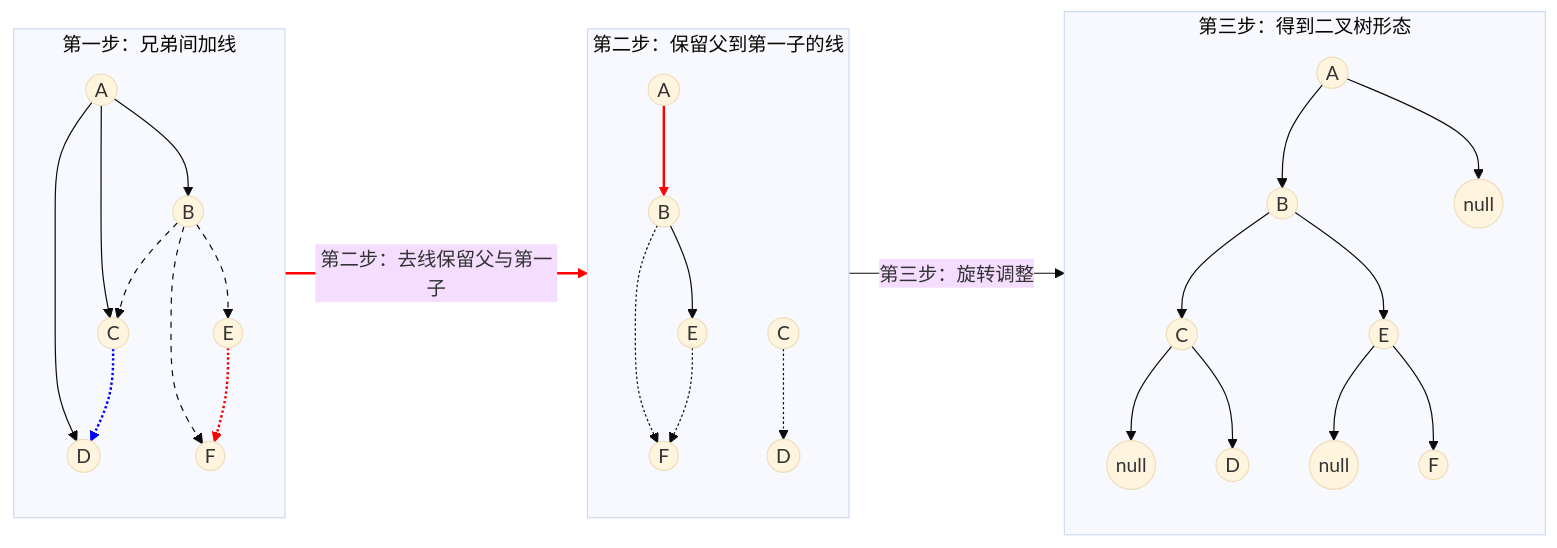
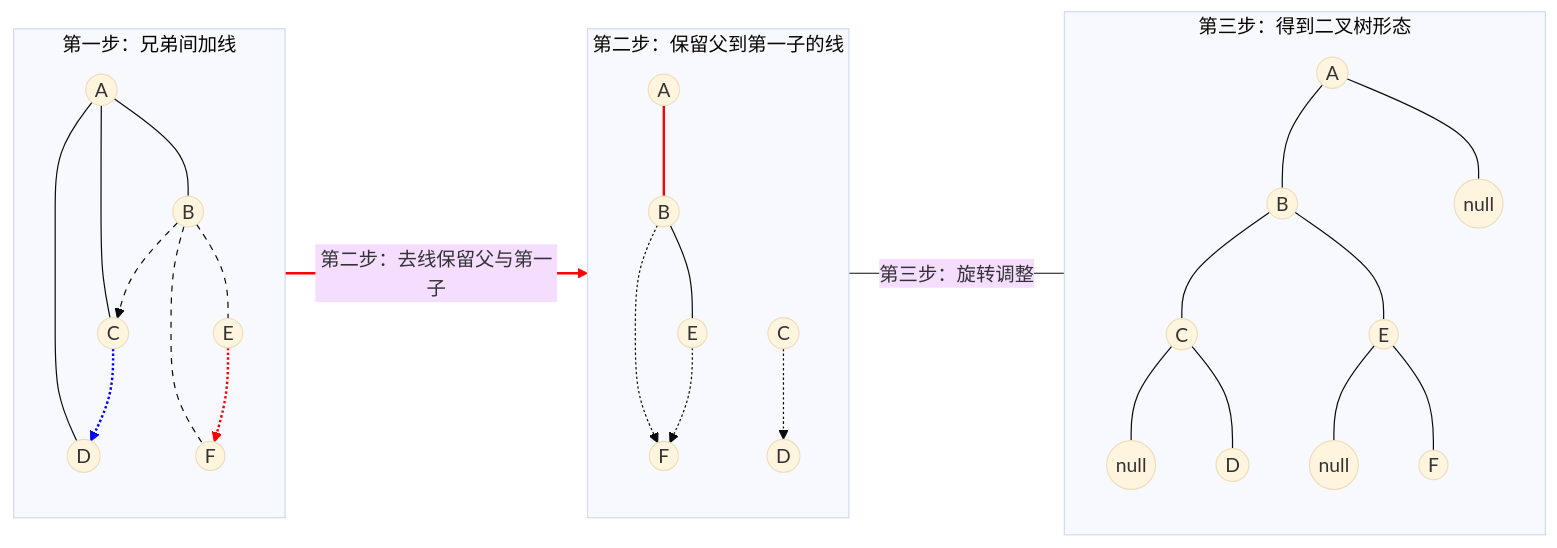
Before and after one commit to mujin-lin/mujin-blog: diagram 16 of 26 in docs/10.软考/10.软件设计师/10.数据结构与算法/15.树.md, drawn with Mermaid (base theme). The commit also changed other lines of this file and 2 other files, not shown here.

Commit message:
整理树的文章，增加图的文章内容

````diff
--- a/docs/10.软考/10.软件设计师/10.数据结构与算法/15.树.md
+++ b/docs/10.软考/10.软件设计师/10.数据结构与算法/15.树.md
@@ -848,49 +855,49 @@
-```mermaid
-flowchart LR
-    subgraph S1[第一步：兄弟间加线]
-        direction TB
-        A1((A)) --> B1((B))
-        A1 --> C1((C))
-        A1 --> D1((D))
-        B1 --> E1((E))
-        B1 --> F1((F))
-        %% 兄弟连线
-        B1 -.-> C1
-        C1 -.-> D1
-        E1 -.-> F1
-    end
-
-    S1 -- 第二步：去线保留父与第一子 --> S2
-
-    subgraph S2[第二步：保留父到第一子的线]
-        direction TB
-        A2((A)) --> B2((B))
-        B2 --> E2((E))
-        B2 -.-> F2((F))
-        C2((C)) -.-> D2((D))
-        E2 -.-> F2
-
-        linkStyle 3 stroke-dasharray: 5 5
-        linkStyle 4 stroke-dasharray: 5 5
-        linkStyle 5 stroke-dasharray: 5 5
-    end
-
-    S2 -- 第三步：旋转调整 --> S3
-
-    subgraph S3[第三步：得到二叉树形态]
-        direction TB
-        A3((A)) --> B3((B))
-        A3((A)) --> null0((null))
-        B3 --> E3((E))
-        B3 --> C3((C))
-        C3 --> null1((null))
-        C3 --> D3((D))
-        E3 --> null((null))
-        E3 --> F3((F))
-
-        linkStyle 6 stroke:blue,stroke-width:2px
-        linkStyle 7 stroke:red,stroke-width:2px
-        linkStyle 8 stroke:red,stroke-width:2px
-        linkStyle 9 stroke:red,stroke-width:2px
-    end
-```
+    ```mermaid
+    flowchart LR
+        subgraph S1[第一步：兄弟间加线]
+            direction TB
+            A1((A)) --- B1((B))
+            A1 --- C1((C))
+            A1 --- D1((D))
+            B1 --- E1((E))
+            B1 --- F1((F))
+            %% 兄弟连线
+            B1 -.-> C1
+            C1 -.-> D1
+            E1 -.-> F1
+        end
+    
+        S1 -- 第二步：去线保留父与第一子 --> S2
+    
+        subgraph S2[第二步：保留父到第一子的线]
+            direction TB
+            A2((A)) --- B2((B))
+            B2 --- E2((E))
+            B2 -.-> F2((F))
+            C2((C)) -.-> D2((D))
+            E2 -.-> F2
+    
+            linkStyle 3 stroke-dasharray: 5 5
+            linkStyle 4 stroke-dasharray: 5 5
+            linkStyle 5 stroke-dasharray: 5 5
+        end
+    
+        S2 -- 第三步：旋转调整 --- S3
+    
+        subgraph S3[第三步：得到二叉树形态]
+            direction TB
+            A3((A)) --- B3((B))
+            A3((A)) --- null0((null))
+            B3 --- E3((E))
+            B3 --- C3((C))
+            C3 --- null1((null))
+            C3 --- D3((D))
+            E3 --- null((null))
+            E3 --- F3((F))
+    
+            linkStyle 6 stroke:blue,stroke-width:2px
+            linkStyle 7 stroke:red,stroke-width:2px
+            linkStyle 8 stroke:red,stroke-width:2px
+            linkStyle 9 stroke:red,stroke-width:2px
+        end
+    ```
````
